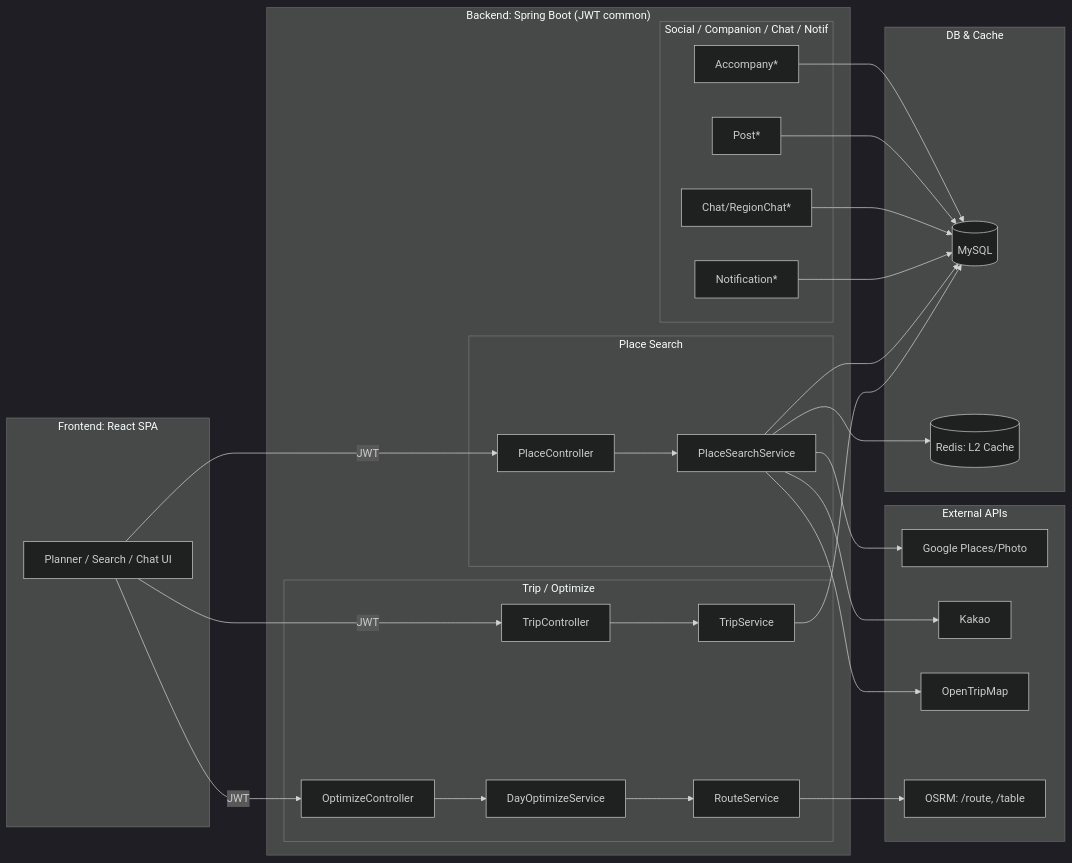
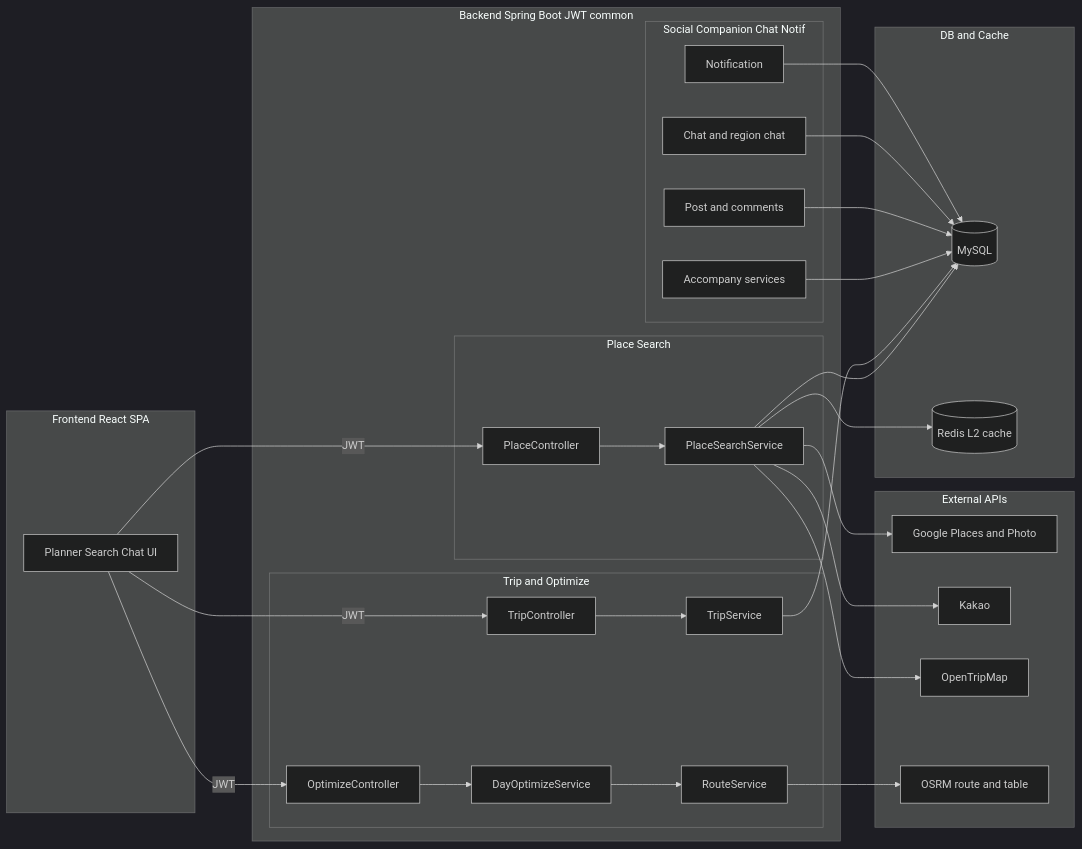
Before and after one commit to gun-ee/TripMate: the second of 4 diagrams in README.md, drawn with Mermaid (dark theme). The commit also changed other lines of this file, not shown here.

````diff
--- a/README.md
+++ b/README.md
@@ -47,50 +47,50 @@
 ```mermaid
 flowchart LR
-  subgraph CLIENT["Frontend: React SPA"]
-    UI["Planner / Search / Chat UI"]
+  subgraph CLIENT[Frontend React SPA]
+    UI[Planner Search Chat UI]
   end
 
-  subgraph DATA["DB & Cache"]
+  subgraph DATA[DB and Cache]
     MYSQL[(MySQL)]
-    REDIS[(Redis: L2 Cache)]
+    REDIS[(Redis L2 cache)]
   end
 
-  subgraph EXT["External APIs"]
-    GPL["Google Places/Photo"]
-    KAKAO["Kakao"]
-    OTM["OpenTripMap"]
-    OSRM["OSRM: /route, /table"]
+  subgraph EXT[External APIs]
+    GPL[Google Places and Photo]
+    KAKAO[Kakao]
+    OTM[OpenTripMap]
+    OSRM[OSRM route and table]
   end
 
-  subgraph BE["Backend: Spring Boot (JWT common)"]
-    subgraph Place["Place Search"]
-      PLCtrl["PlaceController"] --> PLService["PlaceSearchService"]
+  subgraph BE[Backend Spring Boot JWT common]
+    subgraph PLACE[Place Search]
+      PLCtrl[PlaceController] --> PLService[PlaceSearchService]
       PLService --> REDIS
       PLService --> GPL
       PLService --> KAKAO
       PLService --> OTM
+      PLService --> MYSQL
     end
 
-    subgraph Trip["Trip / Optimize"]
-      TCtrl["TripController"] --> TService["TripService"]
-      OCtrl["OptimizeController"] --> OService["DayOptimizeService"]
-      OService --> RService["RouteService"]
+    subgraph TRIP[Trip and Optimize]
+      TCtrl[TripController] --> TService[TripService]
+      OCtrl[OptimizeController] --> OService[DayOptimizeService]
+      OService --> RService[RouteService]
       RService --> OSRM
+      TService --> MYSQL
     end
 
-    subgraph Social["Social / Companion / Chat / Notif"]
-      ACC["Accompany*"] --> MYSQL
-      POST["Post*"] --> MYSQL
-      CHAT["Chat/RegionChat*"] --> MYSQL
-      NOTI["Notification*"] --> MYSQL
+    subgraph SOCIAL[Social Companion Chat Notif]
+      ACC[Accompany services] --> MYSQL
+      POST[Post and comments] --> MYSQL
+      CHAT[Chat and region chat] --> MYSQL
+      NOTI[Notification] --> MYSQL
     end
-
-    PLService --> MYSQL
-    TService --> MYSQL
   end
 
   UI -->|JWT| PLCtrl
   UI -->|JWT| TCtrl
   UI -->|JWT| OCtrl
 
+
 ```
````
